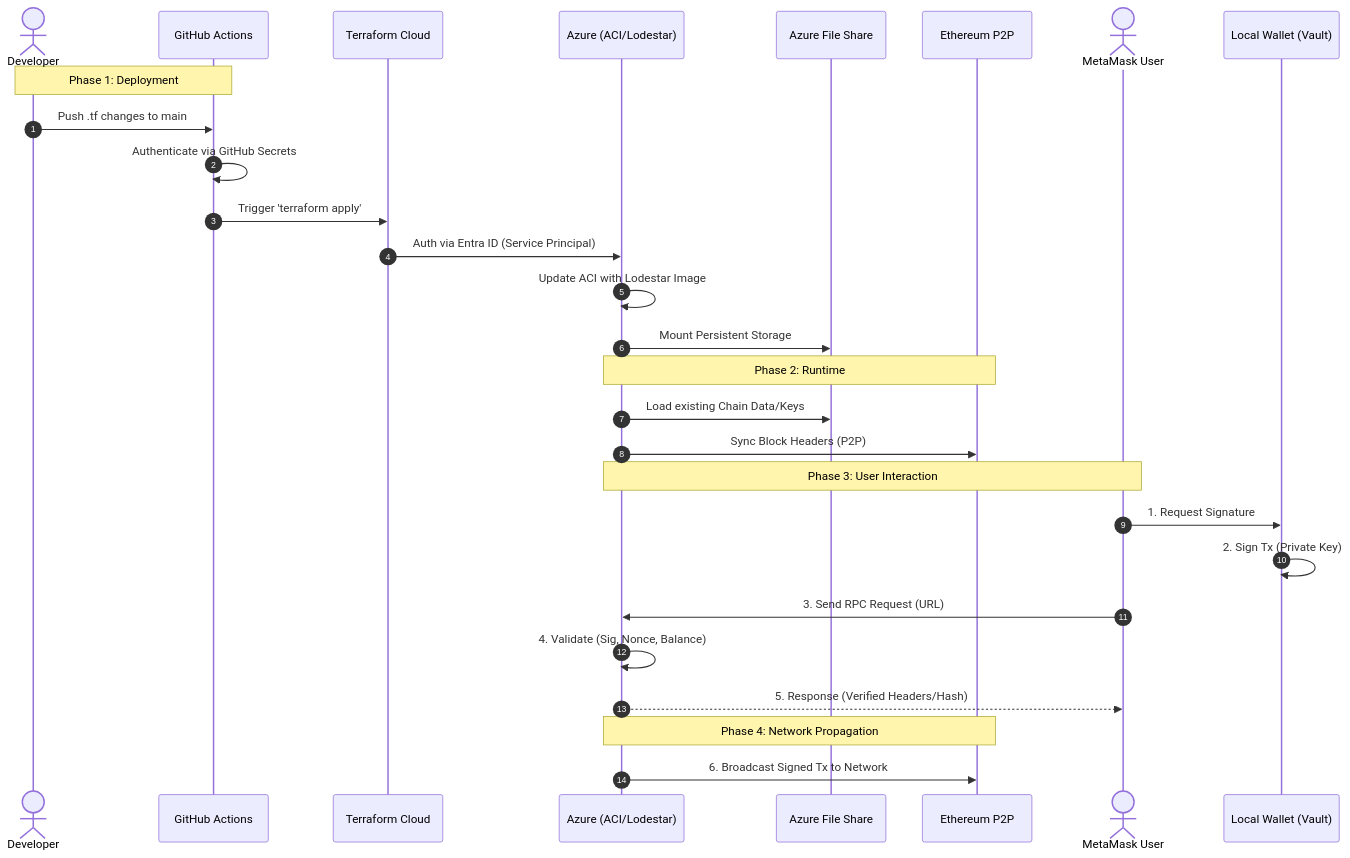
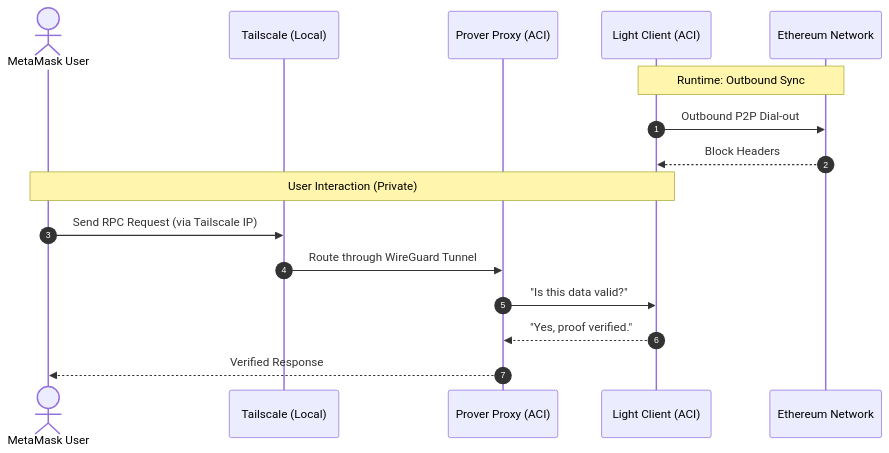
One commit to vfr750y/Cost-Optimized-Ethereum-Node-On-Azure changed the fourth of 4 diagrams in HighLevelDesign.md. Above: the diagram before and after it, drawn with Mermaid.

Commit message:
edit HLD

````diff
--- a/HighLevelDesign.md
+++ b/HighLevelDesign.md
@@ -106,35 +106,20 @@
 ```mermaid
 sequenceDiagram
     autonumber
-    actor Dev as Developer
-    participant GH as GitHub Actions
-    participant TF as Terraform Cloud
-    participant Azure as Azure (ACI/Lodestar)
-    participant FS as Azure File Share
-    participant BC as Ethereum P2P
+    actor User as MetaMask User
+    participant TS as Tailscale (Local)
+    participant Prover as Prover Proxy (ACI)
+    participant LC as Light Client (ACI)
+    participant BC as Ethereum Network
 
-    Note over Dev, GH: Phase 1: Deployment
-    Dev->>GH: Push .tf changes to main
-    GH->>GH: Authenticate via GitHub Secrets
-    GH->>TF: Trigger 'terraform apply'
-    TF->>Azure: Auth via Entra ID (Service Principal)
-    Azure->>Azure: Update ACI with Lodestar Image
-    Azure->>FS: Mount Persistent Storage
-
-    Note over Azure, BC: Phase 2: Runtime
-    Azure->>FS: Load existing Chain Data/Keys
-    Azure->>BC: Sync Block Headers (P2P)
+    Note over LC, BC: Runtime: Outbound Sync
+    LC->>BC: Outbound P2P Dial-out
+    BC-->>LC: Block Headers
     
-    Note over User, Azure: Phase 3: User Interaction
-    actor User as MetaMask User
-    participant Wallet as Local Wallet (Vault)
-    
-    User->>Wallet: 1. Request Signature
-    Wallet->>Wallet: 2. Sign Tx (Private Key)
-    User->>Azure: 3. Send RPC Request (URL)
-    Azure->>Azure: 4. Validate (Sig, Nonce, Balance)
-    Azure-->>User: 5. Response (Verified Headers/Hash)
-    
-    Note over Azure, BC: Phase 4: Network Propagation
-    Azure->>BC: 6. Broadcast Signed Tx to Network
+    Note over User, LC: User Interaction (Private)
+    User->>TS: Send RPC Request (via Tailscale IP)
+    TS->>Prover: Route through WireGuard Tunnel
+    Prover->>LC: "Is this data valid?"
+    LC-->>Prover: "Yes, proof verified."
+    Prover-->>User: Verified Response
 ```
````
